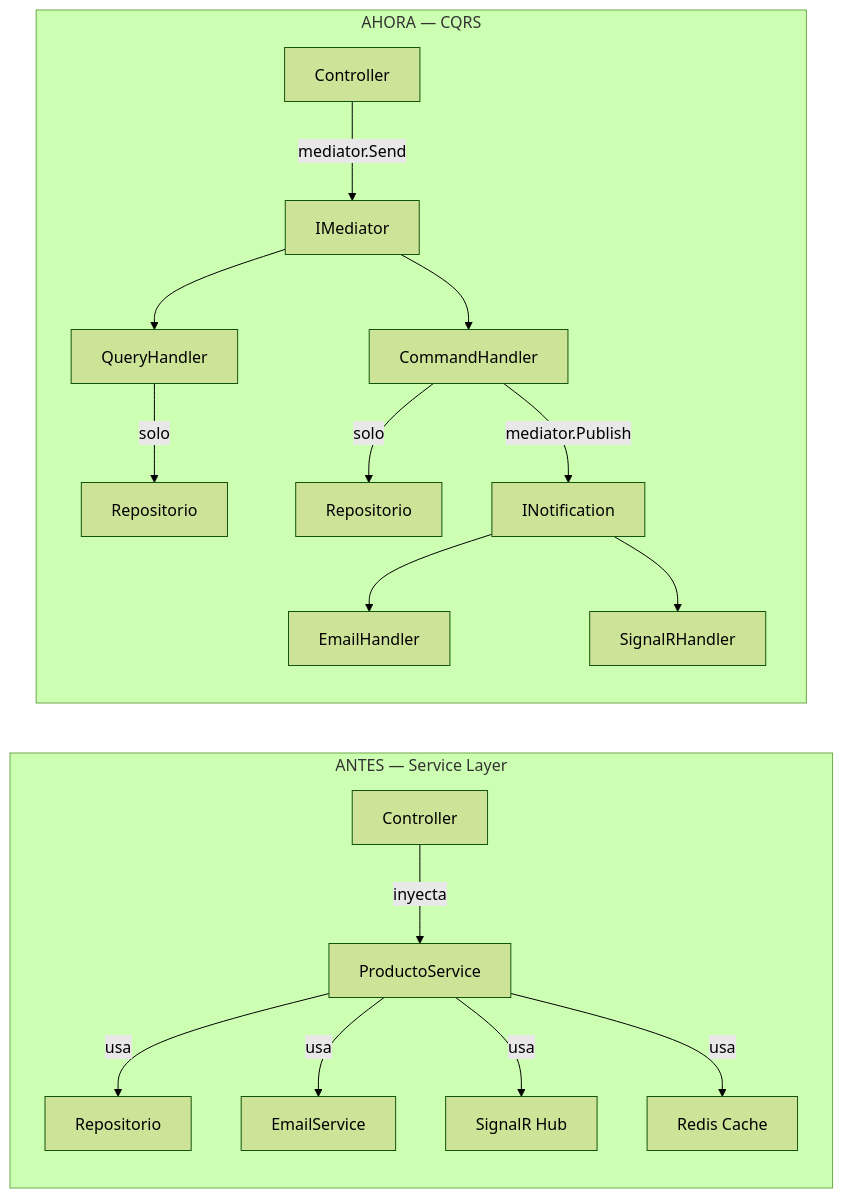
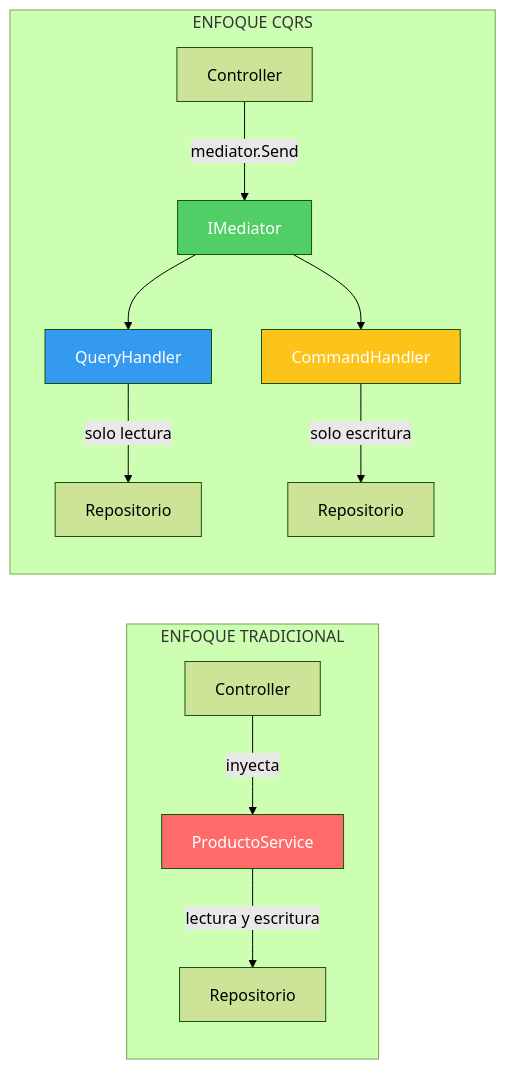
Before and after one commit to joseluisgs/TiendaDawApi-Cqrs-MediatR-NetCore: the second of 14 diagrams in doc/08-cqrs-commands-queries.md, drawn with Mermaid (forest theme). The commit also changed other lines of this file and 3 other files, not shown here.

````diff
--- a/doc/08-cqrs-commands-queries.md
+++ b/doc/08-cqrs-commands-queries.md
@@ -13,20 +102,22 @@
 ```mermaid
-graph LR
-    subgraph "ANTES — Service Layer"
-        C1[Controller] -->|inyecta| S[ProductoService]
-        S -->|usa| R1[Repositorio]
-        S -->|usa| E1[EmailService]
-        S -->|usa| H1[SignalR Hub]
-        S -->|usa| Cache[Redis Cache]
+flowchart LR
+    subgraph "ENFOQUE TRADICIONAL"
+        direction TB
+        C[Controller] -->|inyecta| S[ProductoService]
+        S -->|"lectura y escritura"| R[Repositorio]
     end
-    subgraph "AHORA — CQRS"
+    
+    subgraph "ENFOQUE CQRS"
+        direction TB
         C2[Controller] -->|mediator.Send| M[IMediator]
         M --> QH[QueryHandler]
         M --> CH[CommandHandler]
-        QH -->|solo| R2[Repositorio]
-        CH -->|solo| R3[Repositorio]
-        CH -->|mediator.Publish| N[INotification]
-        N --> EH[EmailHandler]
-        N --> SH[SignalRHandler]
+        QH -->|solo lectura| RQ[Repositorio]
+        CH -->|solo escritura| RC[Repositorio]
     end
+    
+    style S fill:#ff6b6b,color:#fff
+    style M fill:#51cf66,color:#fff
+    style QH fill:#339af0,color:#fff
+    style CH fill:#fcc419,color:#fff
 ```
````
